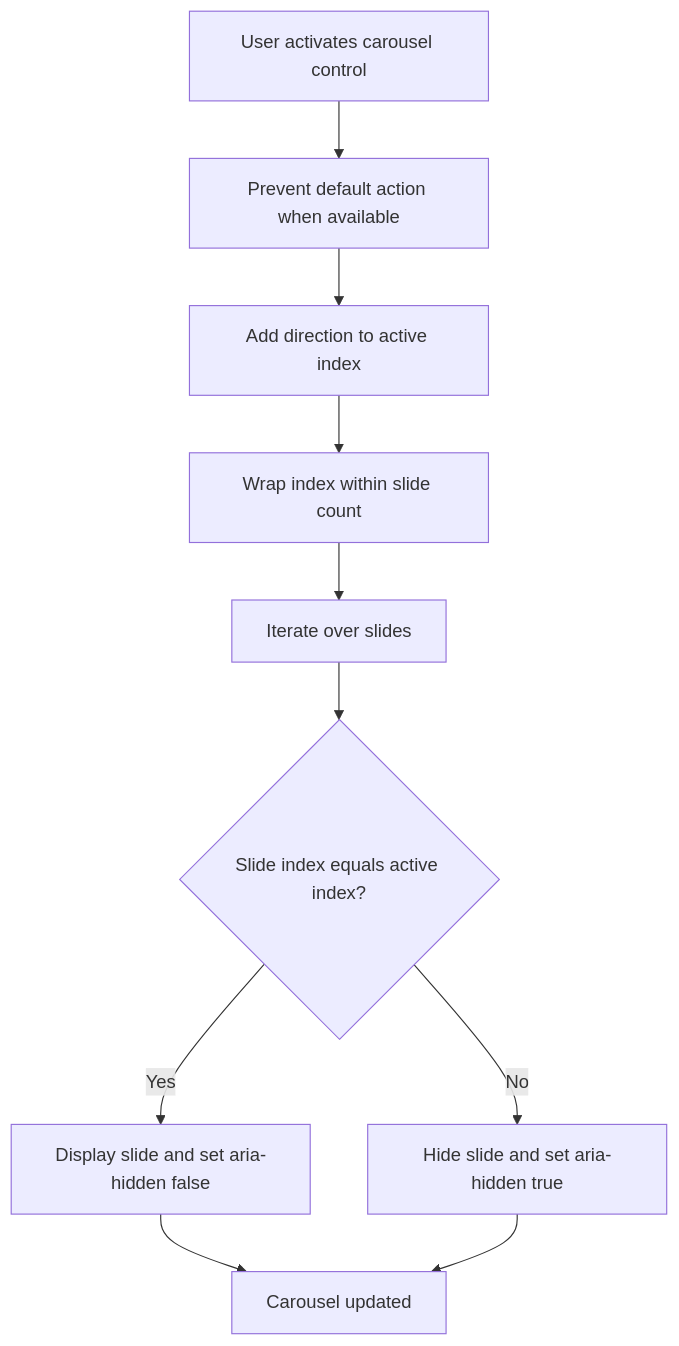
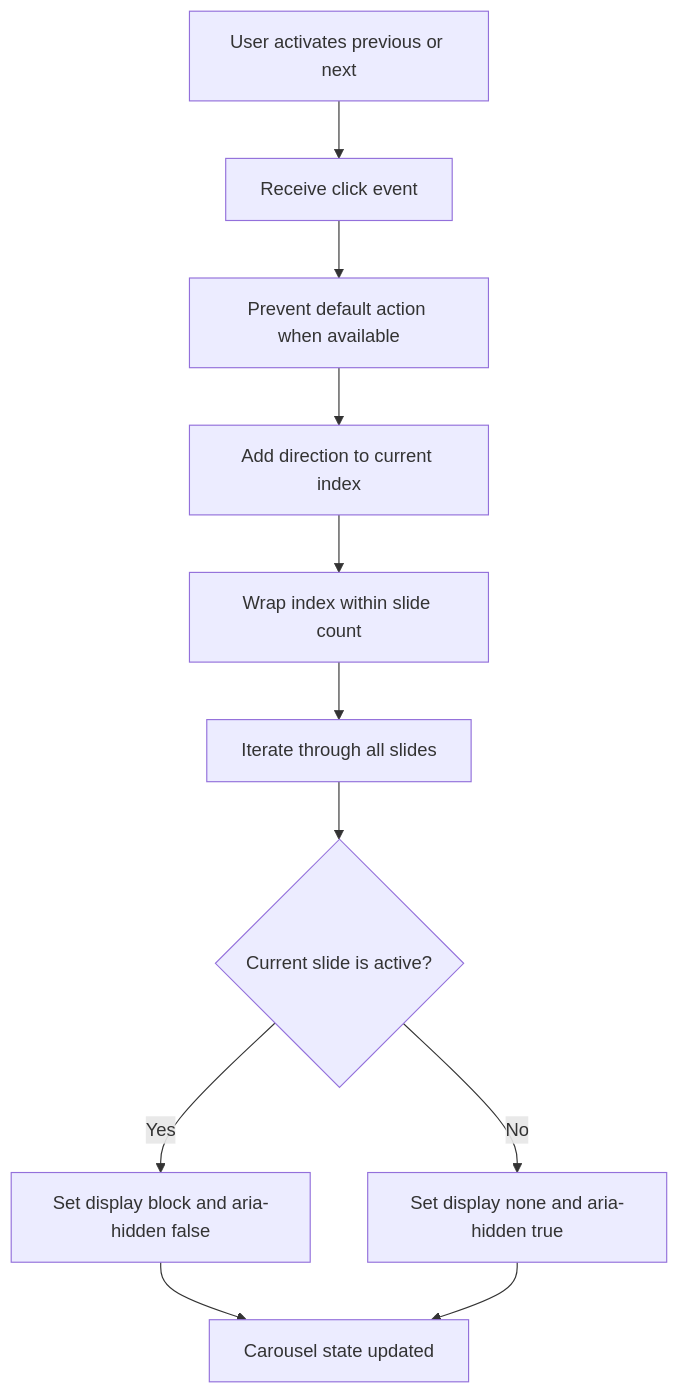
The second of 4 diagrams in docs/workflow.md (Brajesh31/Amazon_Clone), drawn with Mermaid before and after one commit. The commit also changed other lines of this file, not shown here.

````diff
--- a/docs/workflow.md
+++ b/docs/workflow.md
@@ -29,12 +42,13 @@
 ```mermaid
 flowchart TD
-    A[User activates carousel control] --> B[Prevent default action when available]
-    B --> C[Add direction to active index]
-    C --> D[Wrap index within slide count]
-    D --> E[Iterate over slides]
-    E --> F{Slide index equals active index?}
-    F -- Yes --> G[Display slide and set aria-hidden false]
-    F -- No --> H[Hide slide and set aria-hidden true]
-    G --> I[Carousel updated]
-    H --> I
+    A[User activates previous or next] --> B[Receive click event]
+    B --> C[Prevent default action when available]
+    C --> D[Add direction to current index]
+    D --> E[Wrap index within slide count]
+    E --> F[Iterate through all slides]
+    F --> G{Current slide is active?}
+    G -- Yes --> H[Set display block and aria-hidden false]
+    G -- No --> I[Set display none and aria-hidden true]
+    H --> J[Carousel state updated]
+    I --> J
 ```
````
